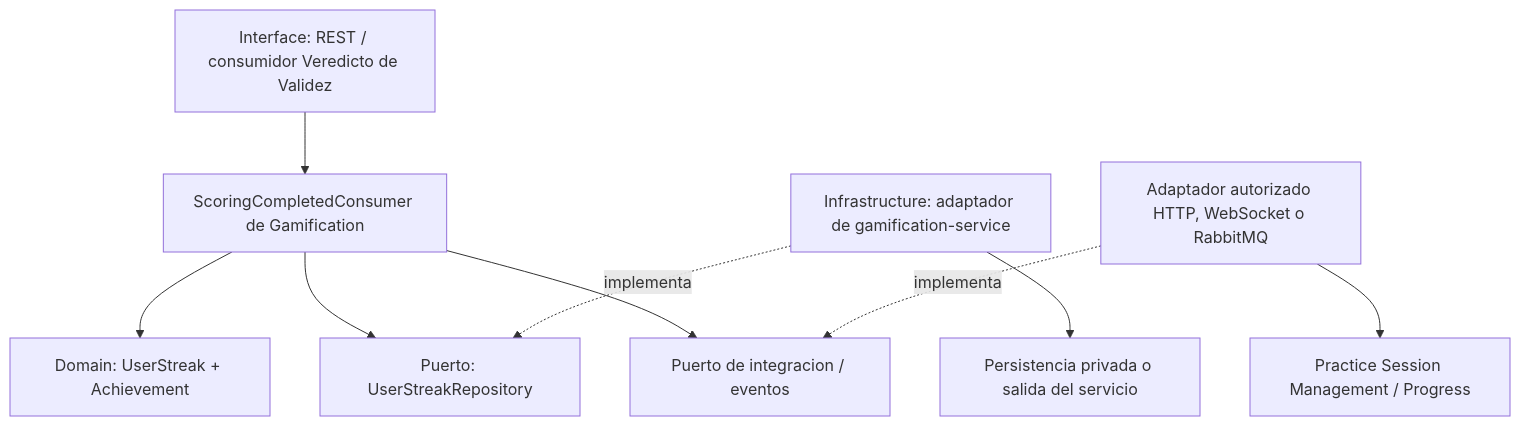
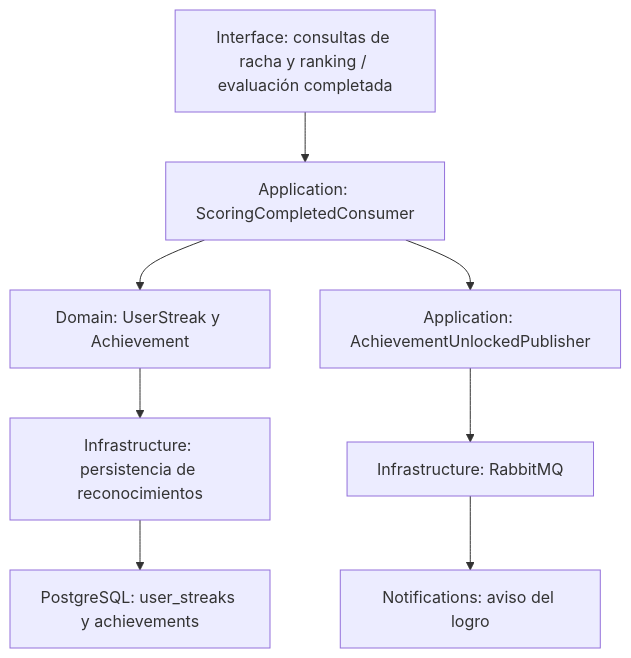
One commit to upc-pre-202620-si728-16365-thropic/talki-project-report changed the diagram in assets/diagrams/tactical/07-gamification-components.mmd. Above: the diagram before and after it, drawn with Mermaid. The commit also changed 20 other files, not shown here.

```diff
--- a/assets/diagrams/tactical/07-gamification-components.mmd
+++ b/assets/diagrams/tactical/07-gamification-components.mmd
@@ -1,9 +1,8 @@
 flowchart TB
-    input["Interface: REST / consumidor Veredicto de Validez"] --> app["ScoringCompletedConsumer de Gamification"]
-    app --> domain["Domain: UserStreak + Achievement"]
-    app --> port["Puerto: UserStreakRepository"]
-    adapter["Infrastructure: adaptador de gamification-service"] -. implementa .-> port
-    adapter --> resource["Persistencia privada o salida del servicio"]
-    app --> integration["Puerto de integracion / eventos"]
-    infrastructure["Adaptador autorizado HTTP, WebSocket o RabbitMQ"] -. implementa .-> integration
-    infrastructure --> external["Practice Session Management / Progress"]
+  input["Interface: consultas de racha y ranking / evaluación completada"] --> app["Application: ScoringCompletedConsumer"]
+  app --> model["Domain: UserStreak y Achievement"]
+  model --> repo["Infrastructure: persistencia de reconocimientos"]
+  repo --> db["PostgreSQL: user_streaks y achievements"]
+  app --> publisher["Application: AchievementUnlockedPublisher"]
+  publisher --> broker["Infrastructure: RabbitMQ"]
+  broker --> notices["Notifications: aviso del logro"]
```
